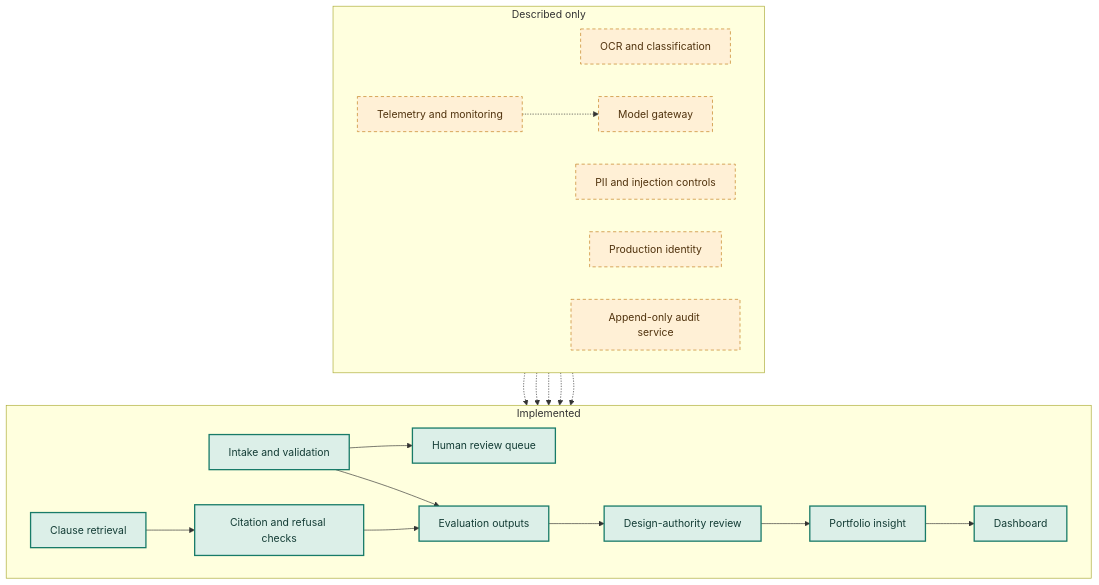
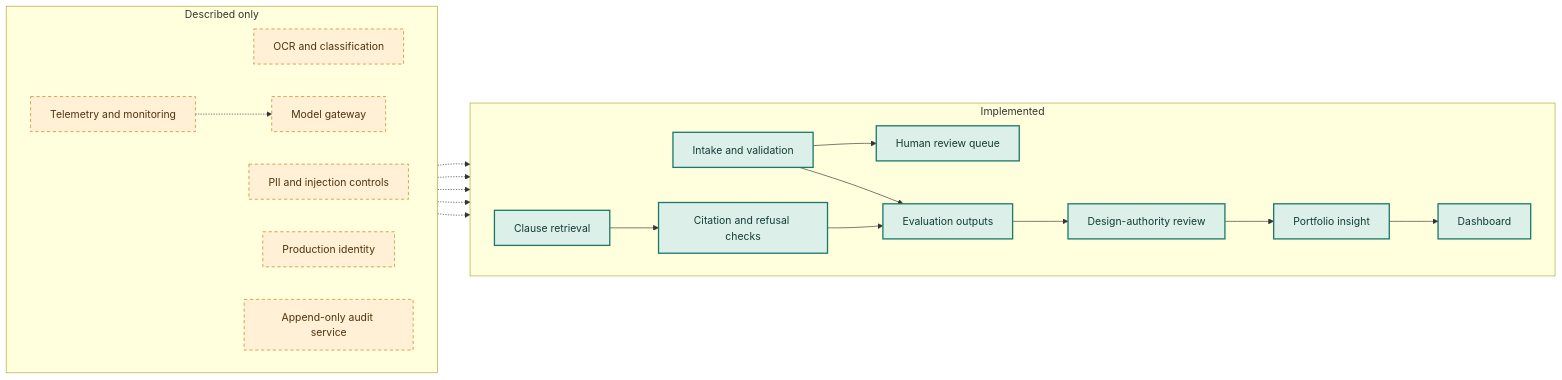
The diagram in docs/diagrams/reference_architecture.mmd (kakali-bandyopadhyay/insurance-ai-architecture), drawn with Mermaid before and after one commit. The commit also changed 7 other files, not shown here.

Commit message:
Static diagrams at matched scale, table and chip fixes

```diff
--- a/docs/diagrams/reference_architecture.mmd
+++ b/docs/diagrams/reference_architecture.mmd
@@ -1,34 +1,34 @@
-flowchart TB
+flowchart LR
+  subgraph D[Described only]
+    direction LR
+    OCR[OCR and classification]
+    GW[Model gateway]
+    PII[PII and injection controls]
+    IAM[Production identity]
+    OBS[Telemetry and monitoring]
+    AUD[Append-only audit service]
+  end
   subgraph I[Implemented]
     direction LR
     IN[Intake and validation]
     HR[Human review queue]
     RET[Clause retrieval]
     GU[Citation and refusal checks]
     EV[Evaluation outputs]
     DA[Design-authority review]
     PI[Portfolio insight]
     DB[Dashboard]
-  end
-  subgraph D[Described only]
-    direction LR
-    OCR[OCR and classification]
-    GW[Model gateway]
-    PII[PII and injection controls]
-    IAM[Production identity]
-    OBS[Telemetry and monitoring]
-    AUD[Append-only audit service]
   end
   IN --> HR
   RET --> GU --> EV
   IN --> EV --> DA --> PI --> DB
   OCR -.-> IN
   GW -.-> RET
   PII -.-> GU
   IAM -.-> HR
   OBS -.-> GW
   AUD -.-> DA
   classDef implemented fill:#dcefe8,stroke:#187b68,color:#133c35,stroke-width:2px
   classDef described fill:#fff0d6,stroke:#c27a18,color:#50320d,stroke-dasharray:5 4
   class IN,HR,RET,GU,EV,DA,PI,DB implemented
   class OCR,GW,PII,IAM,OBS,AUD described
```
